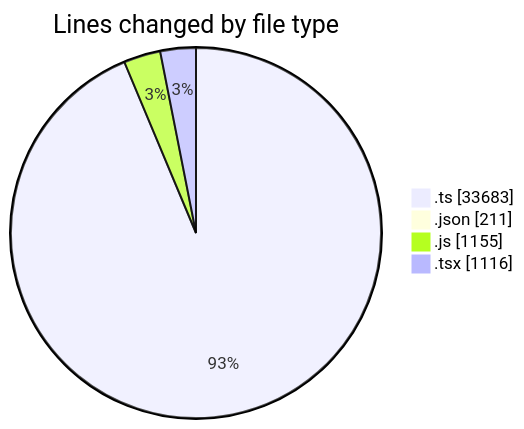
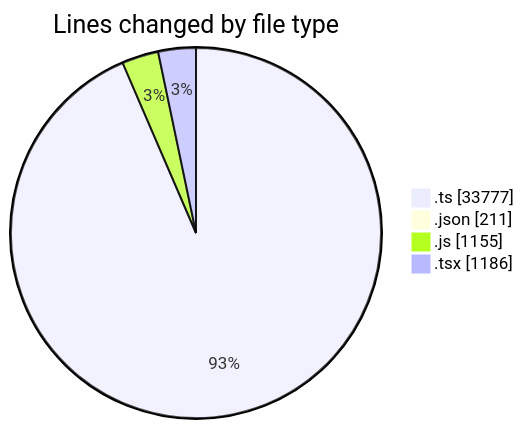
Before and after one commit to momahboobian/code-tracking: the first of 2 diagrams in 2026-11-04/cda/README.md, drawn with Mermaid. The commit also changed other lines of this file and 1 other file, not shown here.

````diff
--- a/2026-11-04/cda/README.md
+++ b/2026-11-04/cda/README.md
@@ -39,8 +42,8 @@
 ```mermaid
 pie showData
 title Lines changed by file type
-".ts" : 33683
+".ts" : 33777
 ".json" : 211
 ".js" : 1155
-".tsx" : 1116
+".tsx" : 1186
 ```
````
